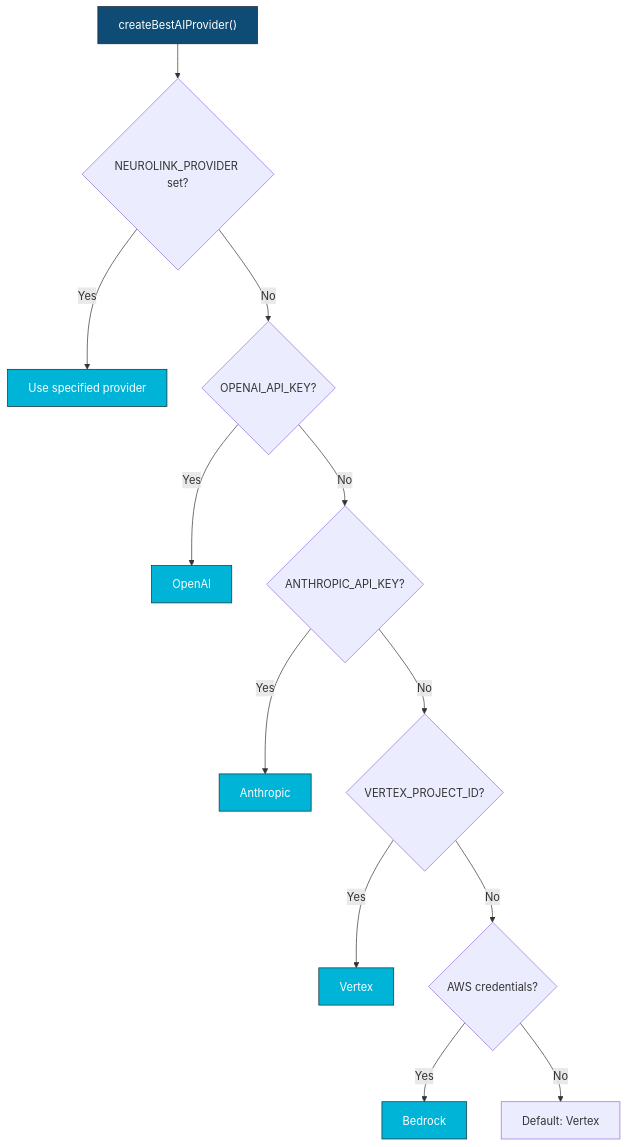
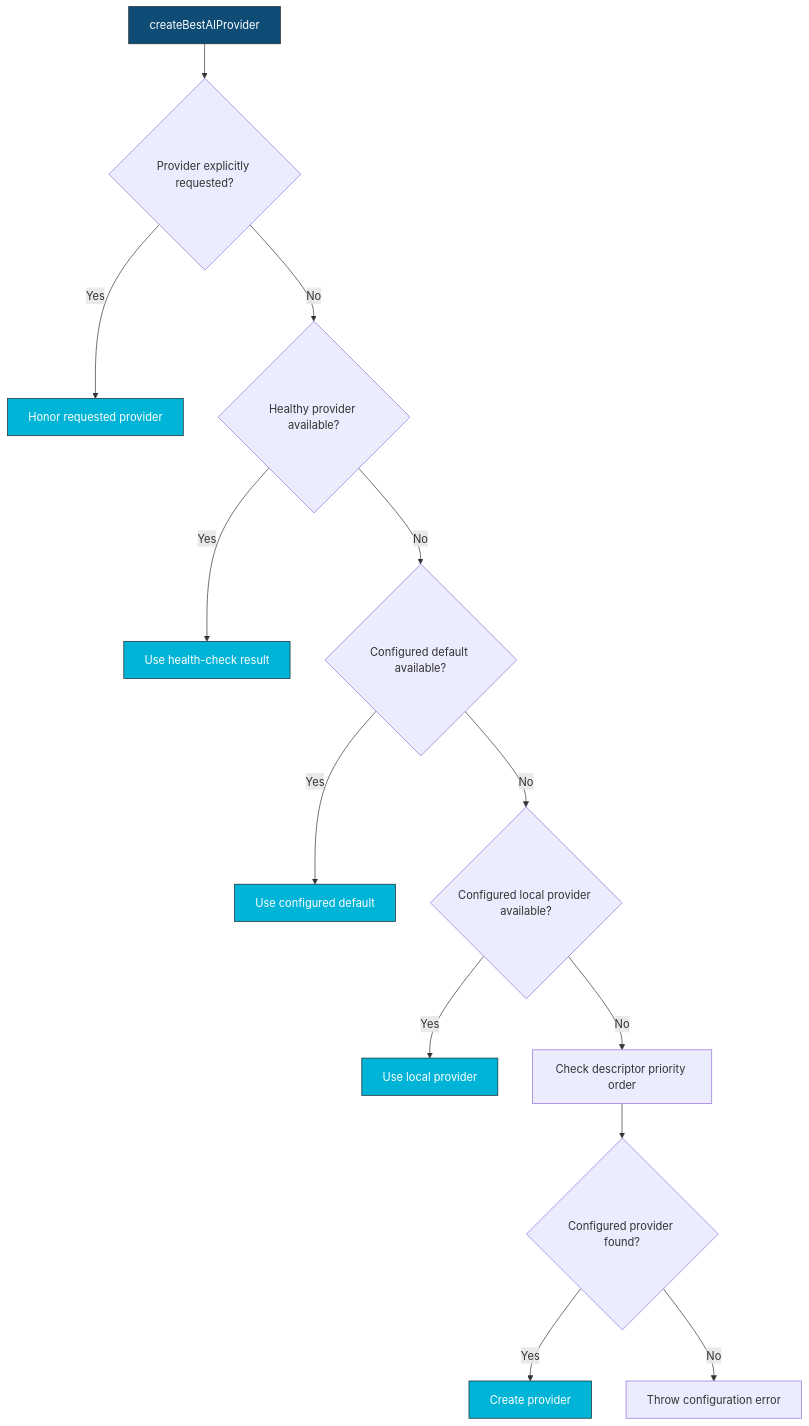
Before and after one commit to juspay/neurolink-blog: the third of 3 diagrams in _posts/2026-01-03-how-we-built-multi-provider-failover.md, drawn with Mermaid. The commit also changed other lines of this file and 172 other files, not shown here.

````diff
--- a/_posts/2026-01-03-how-we-built-multi-provider-failover.md
+++ b/_posts/2026-01-03-how-we-built-multi-provider-failover.md
@@ -279,20 +291,21 @@
 ```mermaid
 flowchart TD
-    A["createBestAIProvider()"] --> B{"NEUROLINK_PROVIDER set?"}
-    B -->|"Yes"| C["Use specified provider"]
-    B -->|"No"| D{"OPENAI_API_KEY?"}
-    D -->|"Yes"| E["OpenAI"]
-    D -->|"No"| F{"ANTHROPIC_API_KEY?"}
-    F -->|"Yes"| G["Anthropic"]
-    F -->|"No"| H{"VERTEX_PROJECT_ID?"}
-    H -->|"Yes"| I["Vertex"]
-    H -->|"No"| J{"AWS credentials?"}
-    J -->|"Yes"| K["Bedrock"]
-    J -->|"No"| L["Default: Vertex"]
+    A["createBestAIProvider"] --> B{"Provider explicitly requested?"}
+    B -->|"Yes"| C["Honor requested provider"]
+    B -->|"No"| D{"Healthy provider available?"}
+    D -->|"Yes"| E["Use health-check result"]
+    D -->|"No"| F{"Configured default available?"}
+    F -->|"Yes"| G["Use configured default"]
+    F -->|"No"| H{"Configured local provider available?"}
+    H -->|"Yes"| I["Use local provider"]
+    H -->|"No"| J["Check descriptor priority order"]
+    J --> K{"Configured provider found?"}
+    K -->|"Yes"| L["Create provider"]
+    K -->|"No"| M["Throw configuration error"]
     style A fill:#0f4c75,stroke:#1b262c,color:#fff
     style C fill:#00b4d8,stroke:#1b262c,color:#fff
     style E fill:#00b4d8,stroke:#1b262c,color:#fff
     style G fill:#00b4d8,stroke:#1b262c,color:#fff
     style I fill:#00b4d8,stroke:#1b262c,color:#fff
-    style K fill:#00b4d8,stroke:#1b262c,color:#fff
+    style L fill:#00b4d8,stroke:#1b262c,color:#fff
 ```
````
